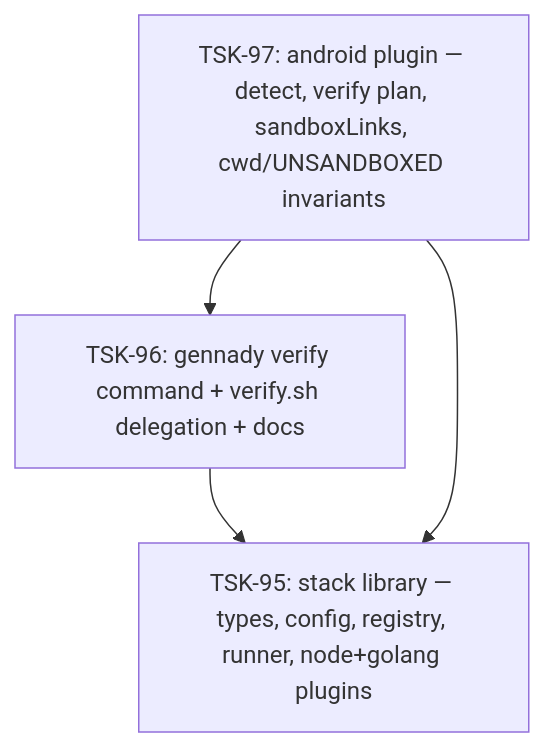
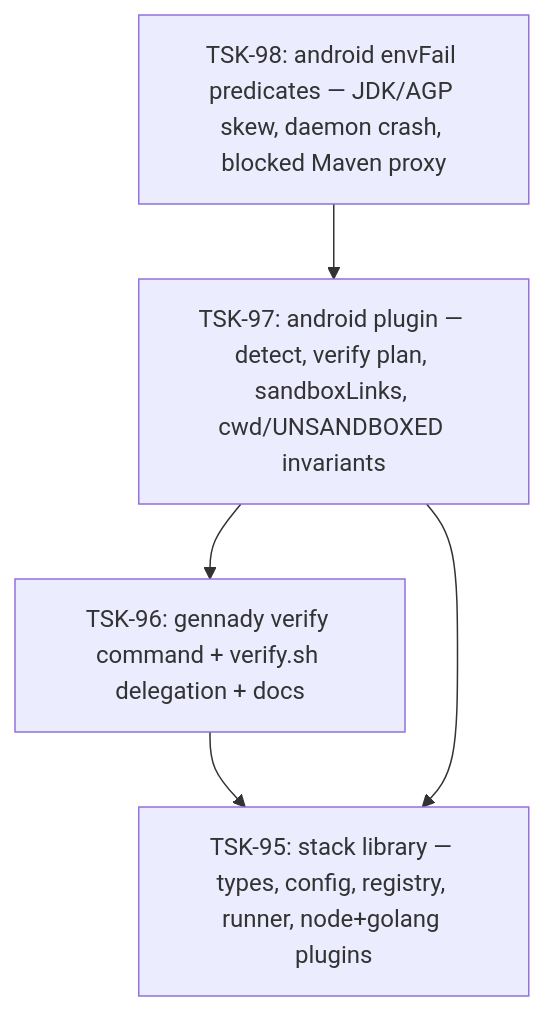
One commit to maksimuimin/gennady changed the diagram in tasks/stack/README.md. Above: the diagram before and after it, drawn with Mermaid. The commit also changed other lines of this file and 5 other files, not shown here.

First line of the commit message:
spec+scaffold(stack,ai-skills): TSK-98/TSK-99 — android envFail + sdd-infra-android

````diff
--- a/tasks/stack/README.md
+++ b/tasks/stack/README.md
@@ -26,9 +26,11 @@
 ```mermaid
 graph TD
     TSK-95[TSK-95: stack library — types, config, registry, runner, node+golang plugins]
     TSK-96[TSK-96: gennady verify command + verify.sh delegation + docs]
     TSK-97[TSK-97: android plugin — detect, verify plan, sandboxLinks, cwd/UNSANDBOXED invariants]
+    TSK-98[TSK-98: android envFail predicates — JDK/AGP skew, daemon crash, blocked Maven proxy]
     TSK-96 --> TSK-95
     TSK-97 --> TSK-95
     TSK-97 --> TSK-96
+    TSK-98 --> TSK-97
 ```
````
